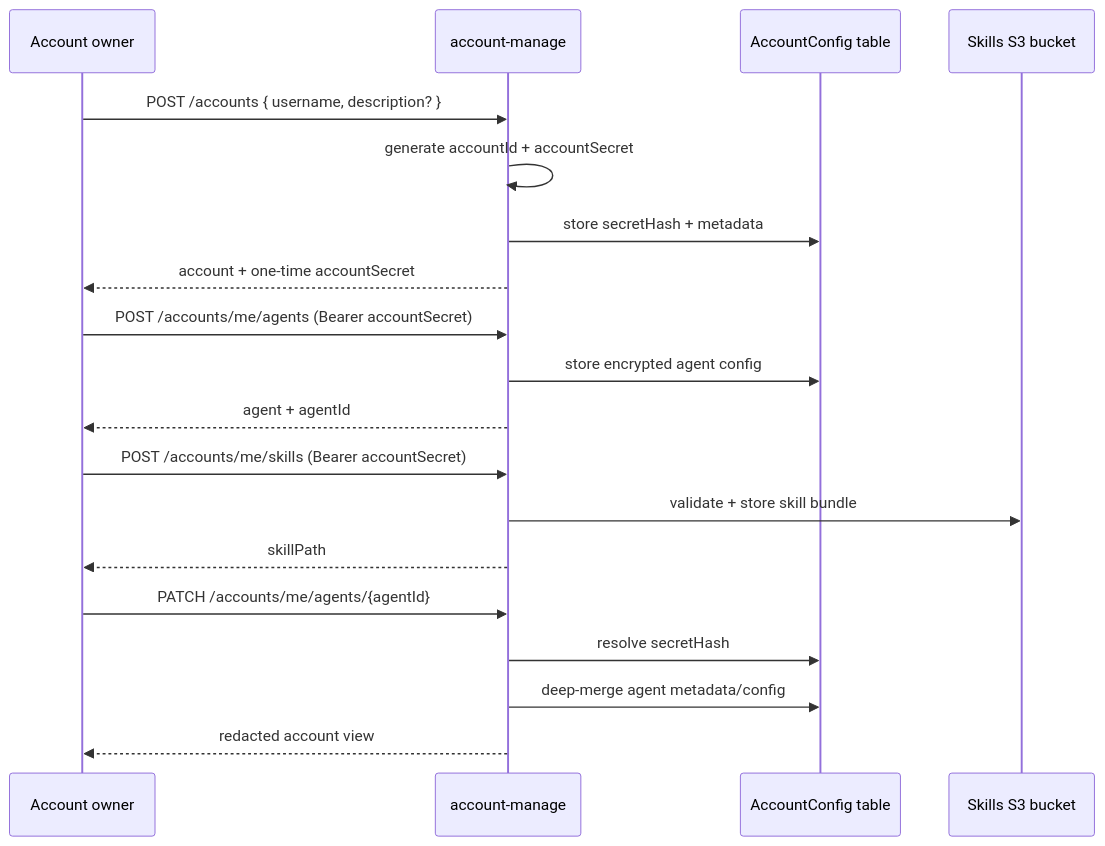
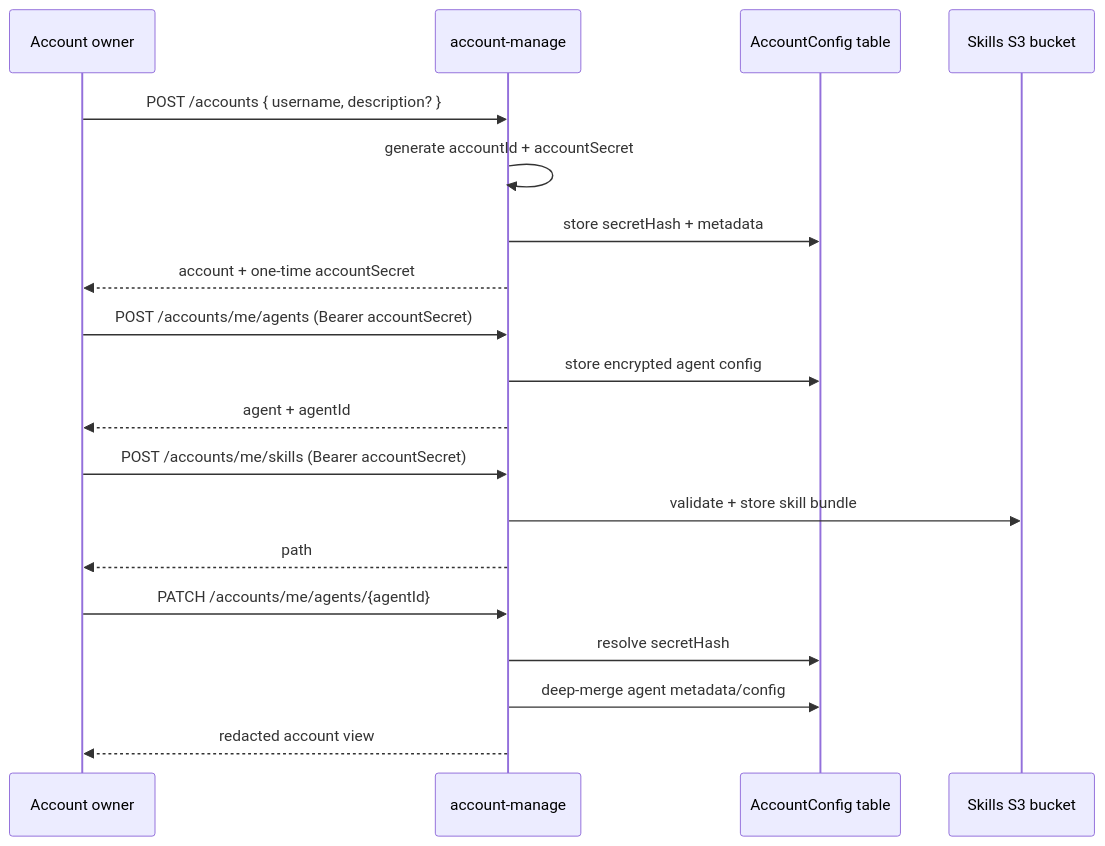
One commit to beeblastco/filthy-panty changed the fourth of 10 diagrams in docs/architecture.md. Above: the diagram before and after it, drawn with Mermaid. The commit also changed 26 other files, not shown here.

````diff
--- a/docs/architecture.md
+++ b/docs/architecture.md
@@ -100,25 +100,25 @@
 ```mermaid
 sequenceDiagram
   participant U as Account owner
   participant M as account-manage
   participant A as AccountConfig table
   participant S as Skills S3 bucket
 
   U->>M: POST /accounts { username, description? }
   M->>M: generate accountId + accountSecret
   M->>A: store secretHash + metadata
   M-->>U: account + one-time accountSecret
 
   U->>M: POST /accounts/me/agents (Bearer accountSecret)
   M->>A: store encrypted agent config
   M-->>U: agent + agentId
 
   U->>M: POST /accounts/me/skills (Bearer accountSecret)
   M->>S: validate + store skill bundle
-  M-->>U: skillPath
+  M-->>U: path
 
   U->>M: PATCH /accounts/me/agents/{agentId}
   M->>A: resolve secretHash
   M->>A: deep-merge agent metadata/config
   M-->>U: redacted account view
 ```
````
